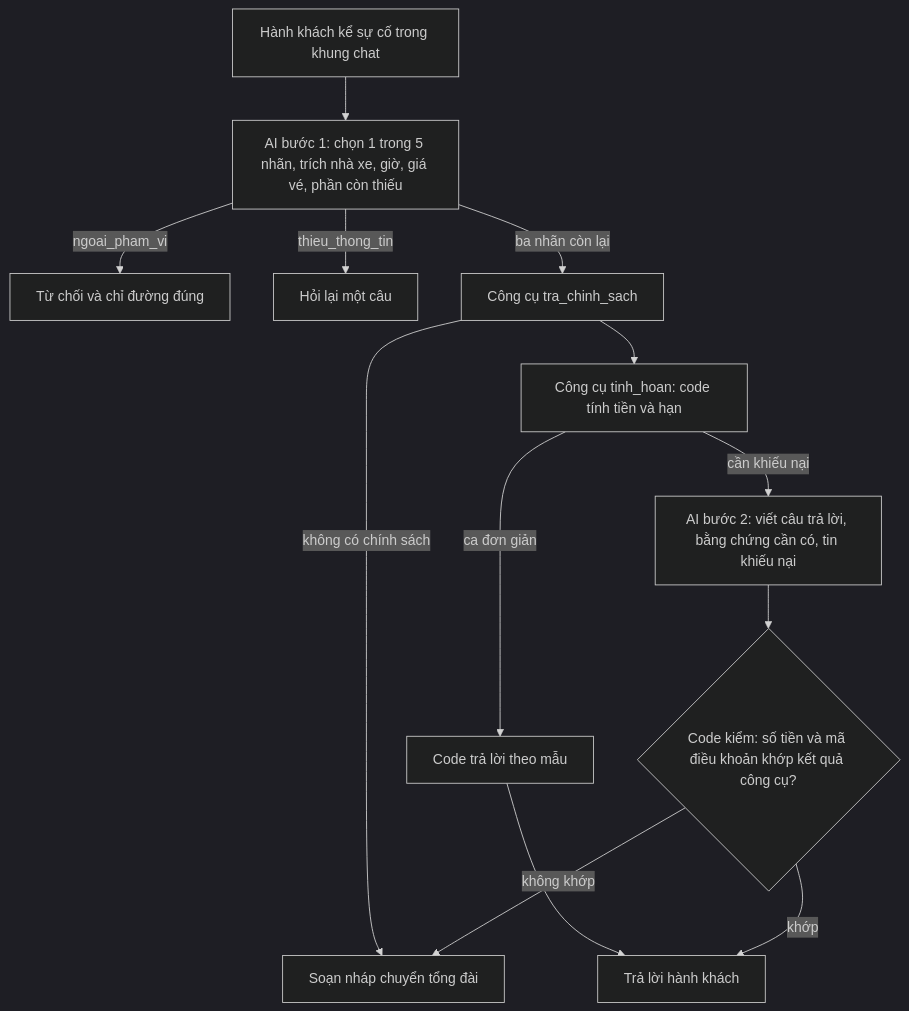
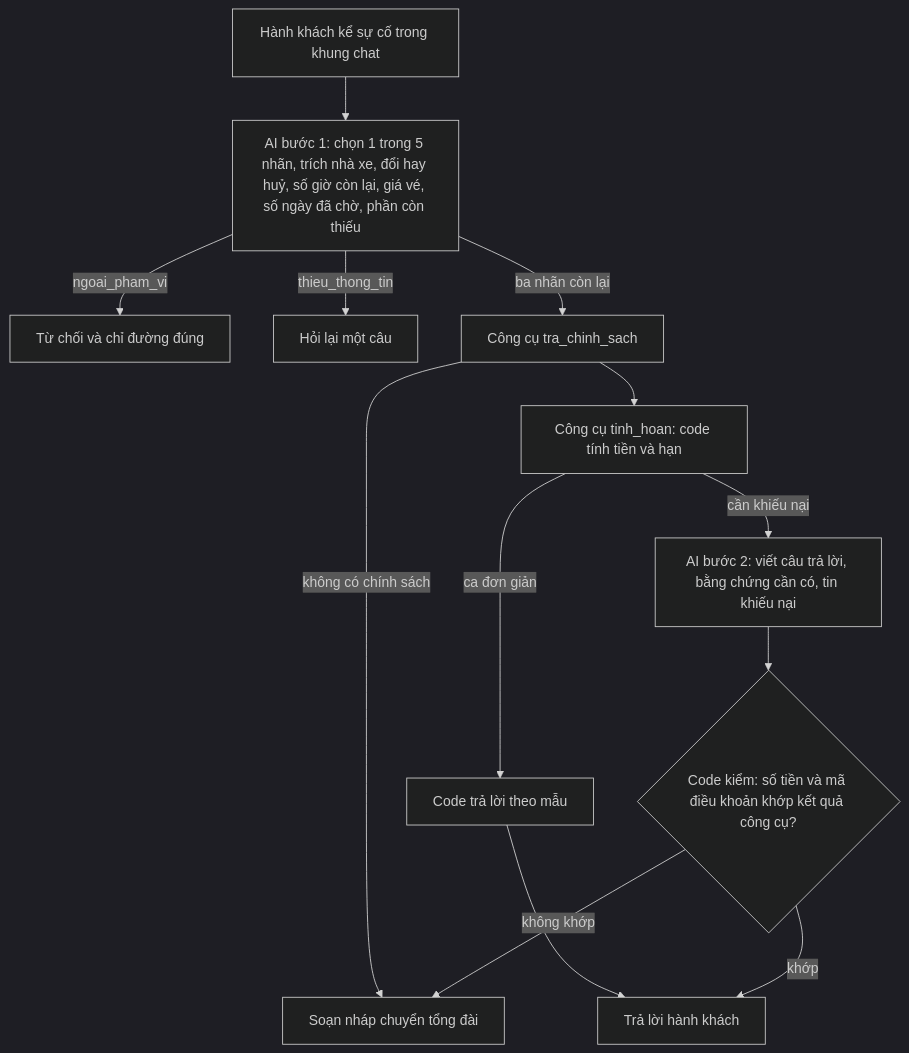
The diagram in spec.md (buiductuan2884-max/K5-Day15-L3B-Seed42), drawn with Mermaid (dark theme) before and after one commit. The commit also changed other lines of this file, not shown here.

````diff
--- a/spec.md
+++ b/spec.md
@@ -55,15 +64,15 @@
 ```mermaid
 flowchart TD
-    U[Hành khách kể sự cố trong khung chat] --> A1["AI bước 1: chọn 1 trong 5 nhãn, trích nhà xe, giờ, giá vé, phần còn thiếu"]
+    U[Hành khách kể sự cố trong khung chat] --> A1["AI bước 1: chọn 1 trong 5 nhãn, trích nhà xe, đổi hay huỷ, số giờ còn lại, giá vé, số ngày đã chờ, phần còn thiếu"]
     A1 -->|ngoai_pham_vi| R[Từ chối và chỉ đường đúng]
     A1 -->|thieu_thong_tin| H[Hỏi lại một câu]
     A1 -->|ba nhãn còn lại| P["Công cụ tra_chinh_sach"]
     P -->|không có chính sách| T[Soạn nháp chuyển tổng đài]
     P --> C["Công cụ tinh_hoan: code tính tiền và hạn"]
     C -->|ca đơn giản| M[Code trả lời theo mẫu]
     C -->|cần khiếu nại| A2[AI bước 2: viết câu trả lời, bằng chứng cần có, tin khiếu nại]
     M --> O[Trả lời hành khách]
     A2 --> G{"Code kiểm: số tiền và mã điều khoản khớp kết quả công cụ?"}
     G -->|khớp| O
     G -->|không khớp| T
 ```
````
